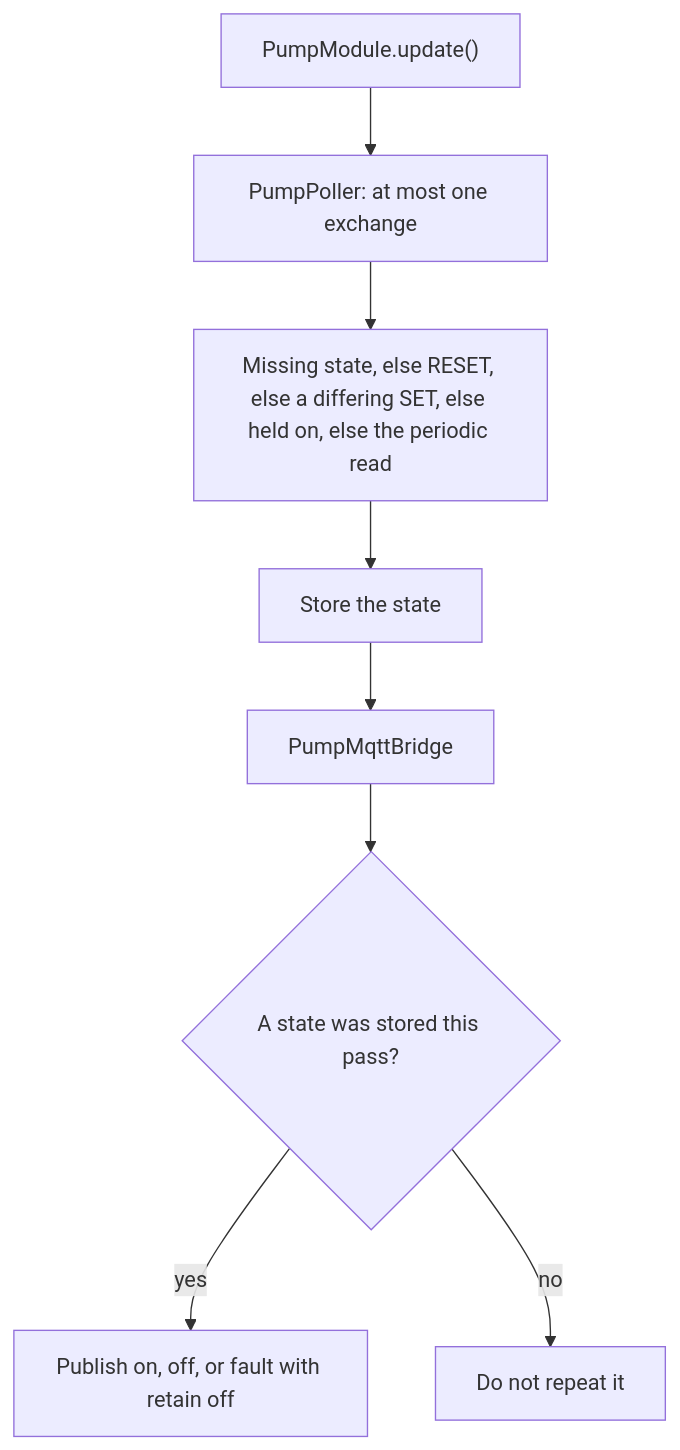
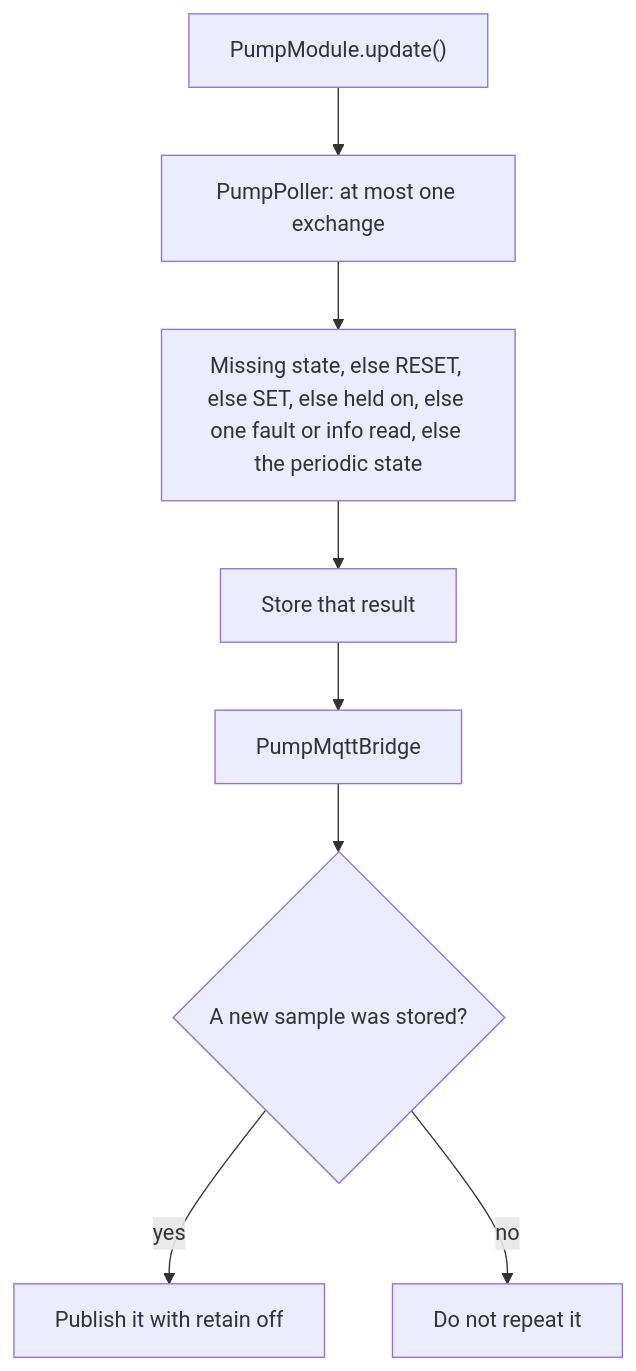
One commit to WiddleWabbit/MQTT-ModularControllerBoard changed the diagram in Firmware/docs/pump-module.md. Above: the diagram before and after it, drawn with Mermaid. The commit also changed other lines of this file and 20 other files, not shown here.

Commit message:
Updated firmware to recognise and utilise new firmware / board / commands for the pump module and set an information gathering timeline.

````diff
--- a/Firmware/docs/pump-module.md
+++ b/Firmware/docs/pump-module.md
@@ -28,10 +30,10 @@
 ```mermaid
 flowchart TD
   upd["PumpModule.update()"] --> poll["PumpPoller: at most one exchange"]
-  poll --> order["Missing state, else RESET, else a differing SET, else held on, else the periodic read"]
-  order --> mem["Store the state"]
+  poll --> order["Missing state, else RESET, else SET, else held on, else one fault or info read, else the periodic state"]
+  order --> mem["Store that result"]
   mem --> bridge["PumpMqttBridge"]
-  bridge --> pub{"A state was stored this pass?"}
-  pub -->|yes| mqtt["Publish on, off, or fault with retain off"]
+  bridge --> pub{"A new sample was stored?"}
+  pub -->|yes| mqtt["Publish it with retain off"]
   pub -->|no| quiet["Do not repeat it"]
 ```
````
